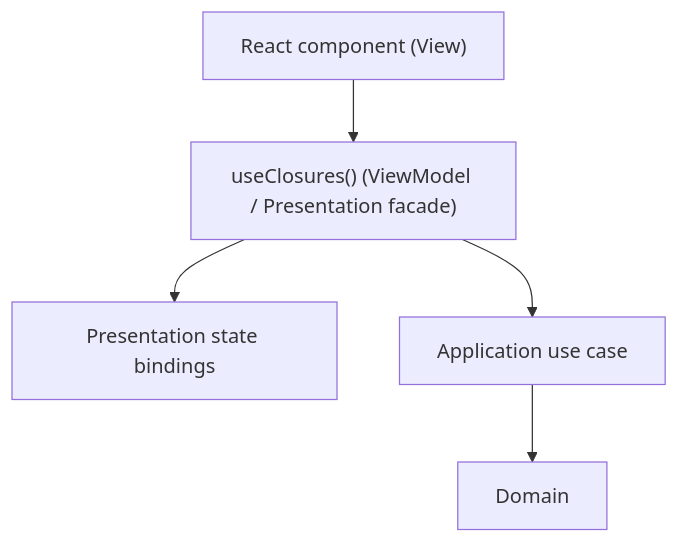
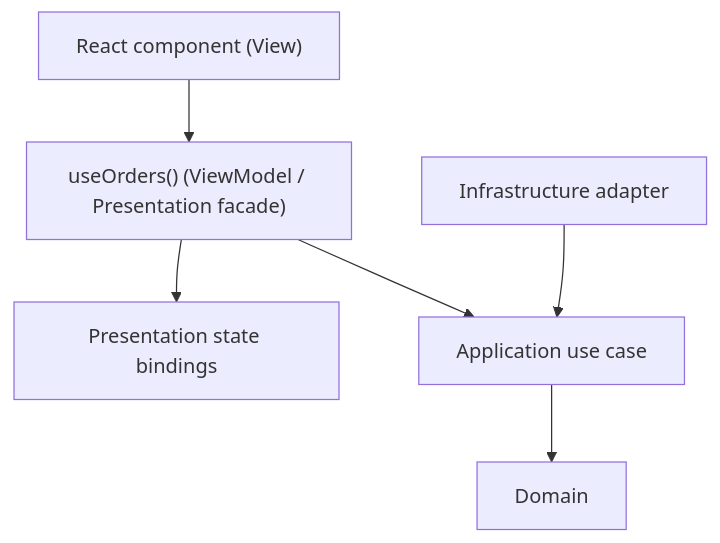
One commit to AndresTaoFlorez/software-architecture changed the third of 6 diagrams in model-view-viewmodel/README.md. Above: the diagram before and after it, drawn with Mermaid. The commit also changed other lines of this file and 26 other files, not shown here.

Commit message:
docs: make architecture guides beginner-first and enforce documentation standards

````diff
--- a/model-view-viewmodel/README.md
+++ b/model-view-viewmodel/README.md
@@ -76,13 +85,15 @@
 ```mermaid
 flowchart TD
     VIEW["React component (View)"]
-    VM["useClosures() (ViewModel / Presentation facade)"]
+    VM["useOrders() (ViewModel / Presentation facade)"]
     BIND["Presentation state bindings"]
     APP["Application use case"]
     DOMAIN["Domain"]
+    INFRA["Infrastructure adapter"]
 
     VIEW --> VM
     VM --> BIND
     VM --> APP
     APP --> DOMAIN
+    INFRA --> APP
 ```
````
